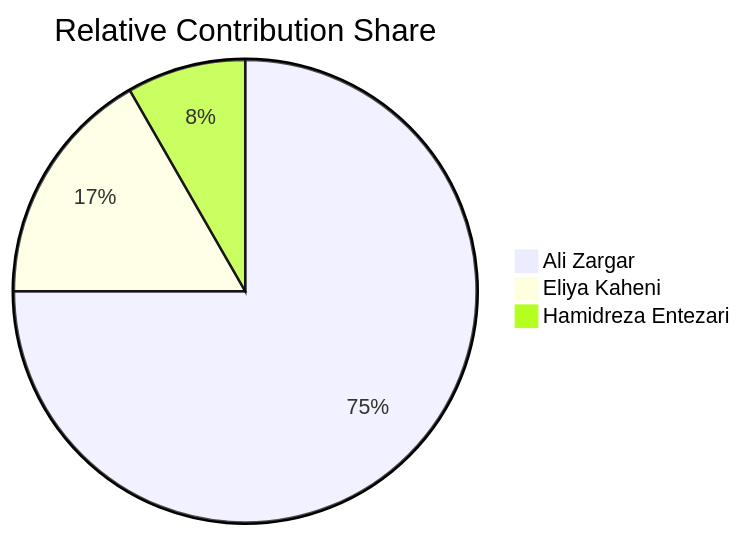
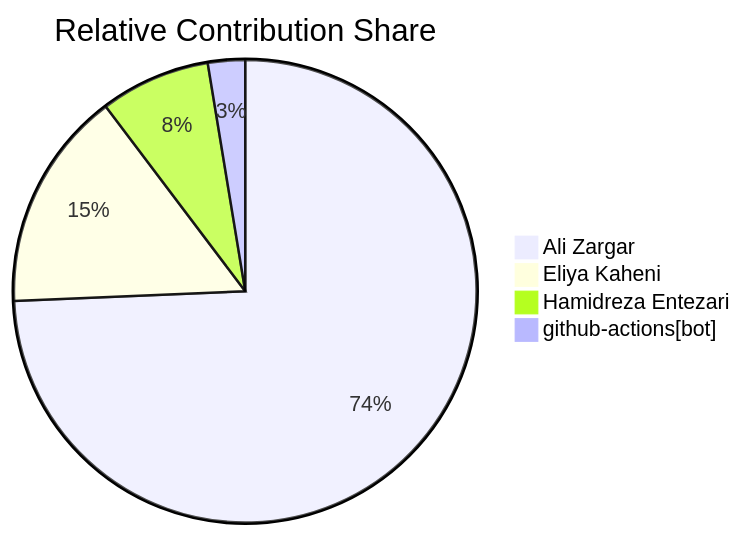
One commit to 0ALI0ZARGAR0/c-minus-compiler changed the first of 4 diagrams in README.md. Above: the diagram before and after it, drawn with Mermaid. The commit also changed other lines of this file, not shown here.

````diff
--- a/README.md
+++ b/README.md
@@ -51,7 +52,8 @@
 ```mermaid
 pie
     title Relative Contribution Share
-    "Ali Zargar" : 75.0
-    "Eliya Kaheni" : 16.7
-    "Hamidreza Entezari" : 8.3
+    "Ali Zargar" : 74.4
+    "Eliya Kaheni" : 15.4
+    "Hamidreza Entezari" : 7.7
+    "github-actions[bot]" : 2.6
 ```
````
